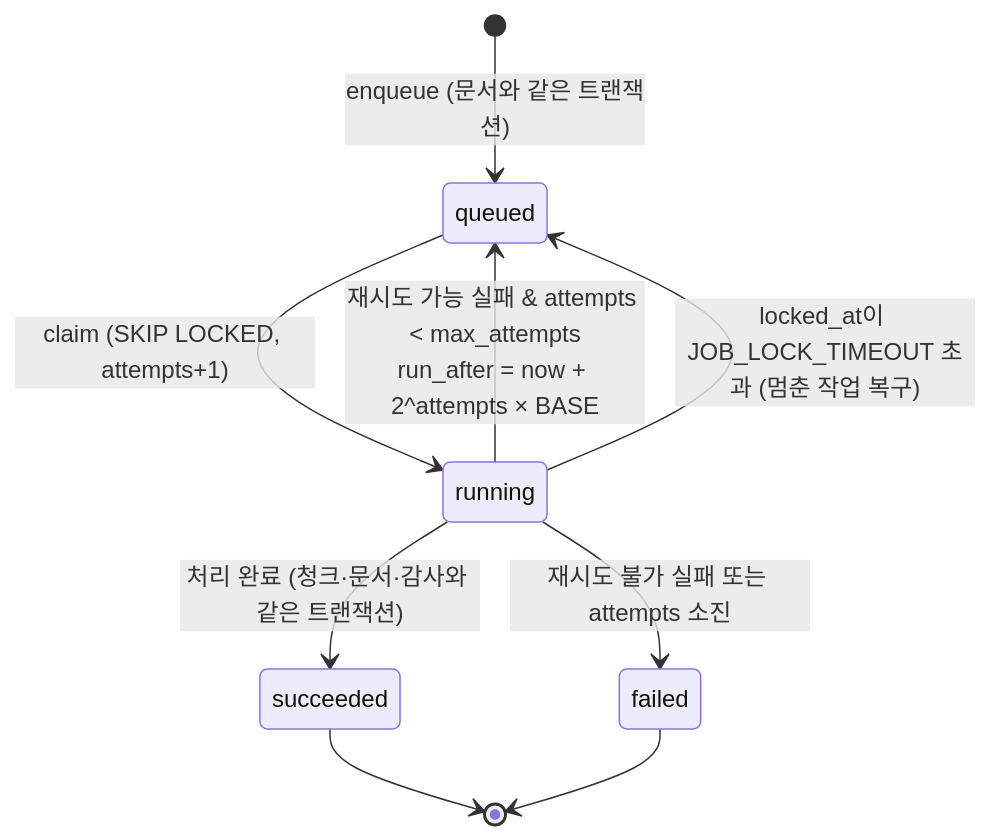
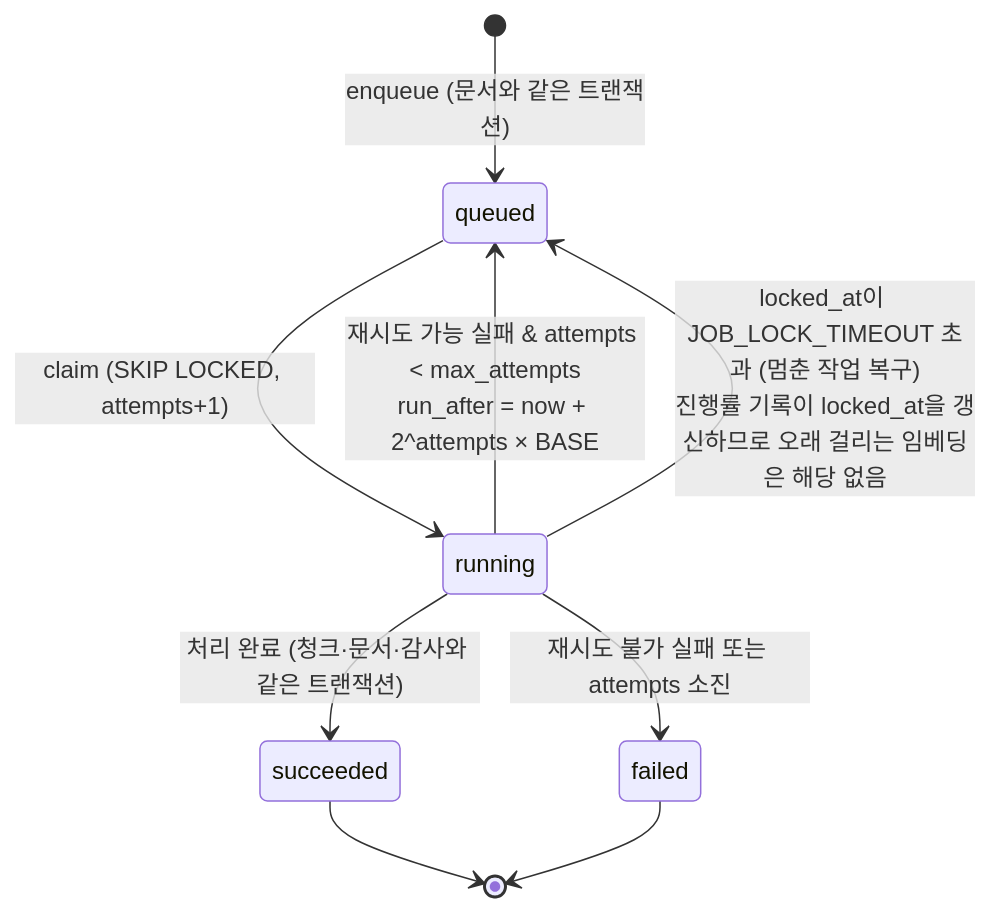
The fifth of 5 diagrams in docs/architecture.md (giwook-dev/footnote-rag), drawn with Mermaid before and after one commit. The commit also changed other lines of this file and 21 other files, not shown here.

````diff
--- a/docs/architecture.md
+++ b/docs/architecture.md
@@ -114,11 +129,11 @@
 ```mermaid
 stateDiagram-v2
     [*] --> queued: enqueue (문서와 같은 트랜잭션)
     queued --> running: claim (SKIP LOCKED, attempts+1)
     running --> succeeded: 처리 완료 (청크·문서·감사와 같은 트랜잭션)
     running --> queued: 재시도 가능 실패 & attempts < max_attempts<br/>run_after = now + 2^attempts × BASE
     running --> failed: 재시도 불가 실패 또는 attempts 소진
-    running --> queued: locked_at이 JOB_LOCK_TIMEOUT 초과 (멈춘 작업 복구)
+    running --> queued: locked_at이 JOB_LOCK_TIMEOUT 초과 (멈춘 작업 복구)<br/>진행률 기록이 locked_at을 갱신하므로 오래 걸리는 임베딩은 해당 없음
     succeeded --> [*]
     failed --> [*]
 ```
````
